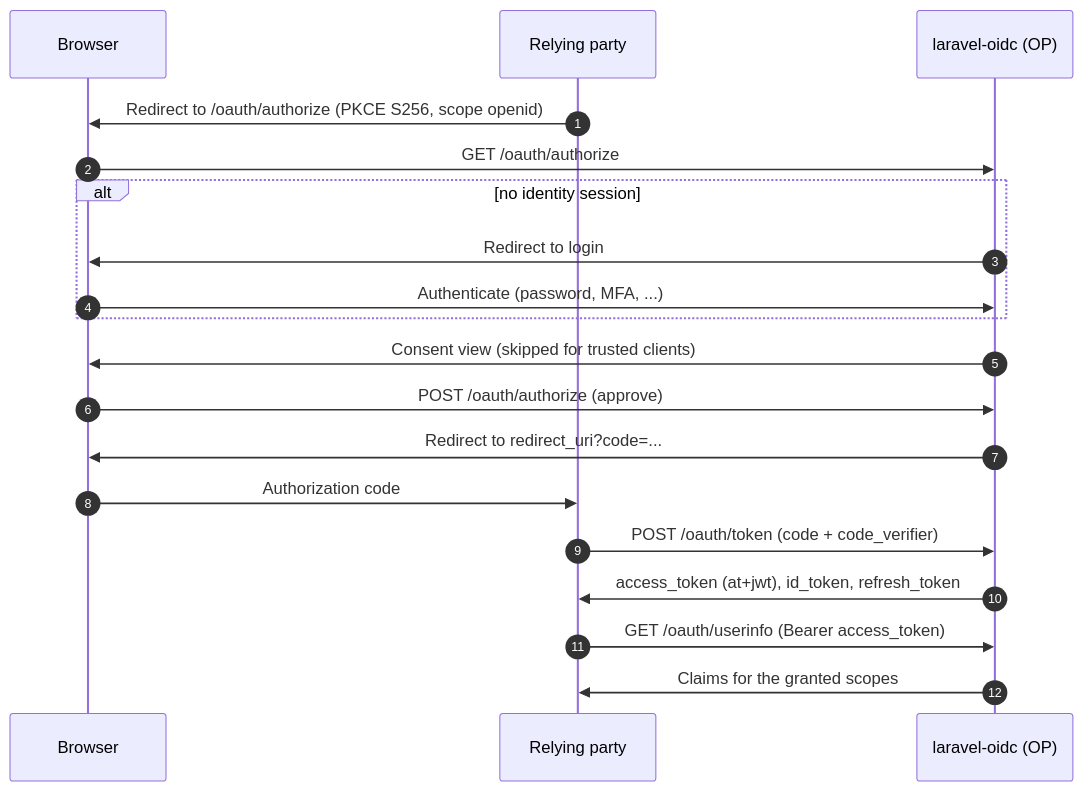
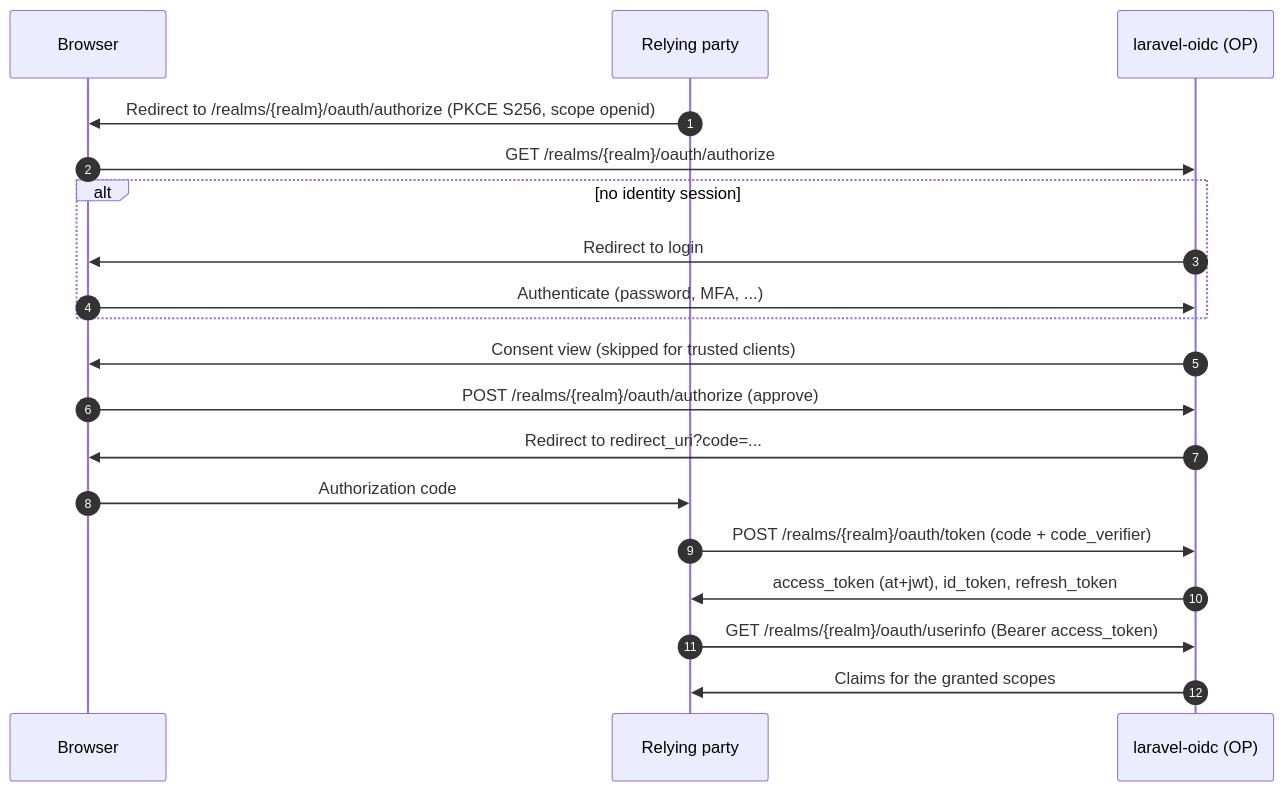
The diagram in docs/content/docs/provider/endpoints.md (bambamboole/laravel-oidc), drawn with Mermaid before and after one commit. The commit also changed other lines of this file and 16 other files, not shown here.

````diff
--- a/docs/content/docs/provider/endpoints.md
+++ b/docs/content/docs/provider/endpoints.md
@@ -41,22 +39,22 @@
 ```mermaid
 sequenceDiagram
     autonumber
     participant B as Browser
     participant RP as Relying party
     participant OP as laravel-oidc (OP)
 
-    RP->>B: Redirect to /oauth/authorize (PKCE S256, scope openid)
-    B->>OP: GET /oauth/authorize
+    RP->>B: Redirect to /realms/{realm}/oauth/authorize (PKCE S256, scope openid)
+    B->>OP: GET /realms/{realm}/oauth/authorize
     alt no identity session
         OP->>B: Redirect to login
         B->>OP: Authenticate (password, MFA, ...)
     end
     OP->>B: Consent view (skipped for trusted clients)
-    B->>OP: POST /oauth/authorize (approve)
+    B->>OP: POST /realms/{realm}/oauth/authorize (approve)
     OP->>B: Redirect to redirect_uri?code=...
     B->>RP: Authorization code
-    RP->>OP: POST /oauth/token (code + code_verifier)
+    RP->>OP: POST /realms/{realm}/oauth/token (code + code_verifier)
     OP->>RP: access_token (at+jwt), id_token, refresh_token
-    RP->>OP: GET /oauth/userinfo (Bearer access_token)
+    RP->>OP: GET /realms/{realm}/oauth/userinfo (Bearer access_token)
     OP->>RP: Claims for the granted scopes
 ```
````
